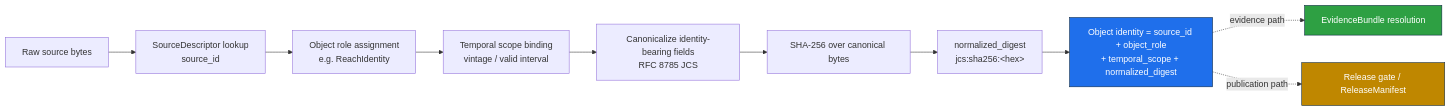
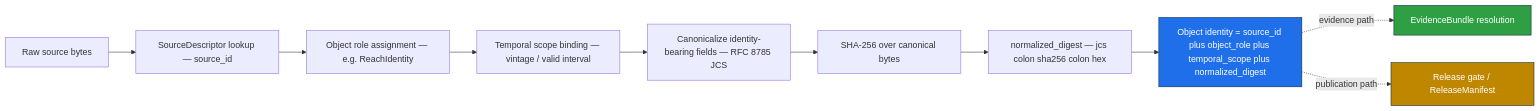
One commit to bartytime4life/Kansas-Frontier-Matrix changed the first of 2 diagrams in docs/domains/hydrology/IDENTITY_MODEL.md. Above: the diagram before and after it, drawn with Mermaid. The commit also changed other lines of this file, not shown here.

````diff
--- a/docs/domains/hydrology/IDENTITY_MODEL.md
+++ b/docs/domains/hydrology/IDENTITY_MODEL.md
@@ -207,15 +230,15 @@
 ```mermaid
 flowchart LR
-    A[Raw source bytes] --> B[SourceDescriptor lookup<br/>source_id]
-    B --> C[Object role assignment<br/>e.g. ReachIdentity]
-    C --> D[Temporal scope binding<br/>vintage / valid interval]
-    D --> E[Canonicalize identity-bearing fields<br/>RFC 8785 JCS]
+    A[Raw source bytes] --> B[SourceDescriptor lookup — source_id]
+    B --> C[Object role assignment — e.g. ReachIdentity]
+    C --> D[Temporal scope binding — vintage / valid interval]
+    D --> E[Canonicalize identity-bearing fields — RFC 8785 JCS]
     E --> F[SHA-256 over canonical bytes]
-    F --> G[normalized_digest<br/>jcs:sha256:&lt;hex&gt;]
-    G --> H[Object identity = source_id + object_role<br/>+ temporal_scope + normalized_digest]
+    F --> G[normalized_digest — jcs colon sha256 colon hex]
+    G --> H[Object identity = source_id plus object_role plus temporal_scope plus normalized_digest]
     H -.evidence path.-> I[EvidenceBundle resolution]
     H -.publication path.-> J[Release gate / ReleaseManifest]
     style H fill:#1f6feb,stroke:#0a2540,color:#fff
     style I fill:#2ea043,stroke:#0a2540,color:#fff
     style J fill:#bf8700,stroke:#0a2540,color:#fff
 ```
````
